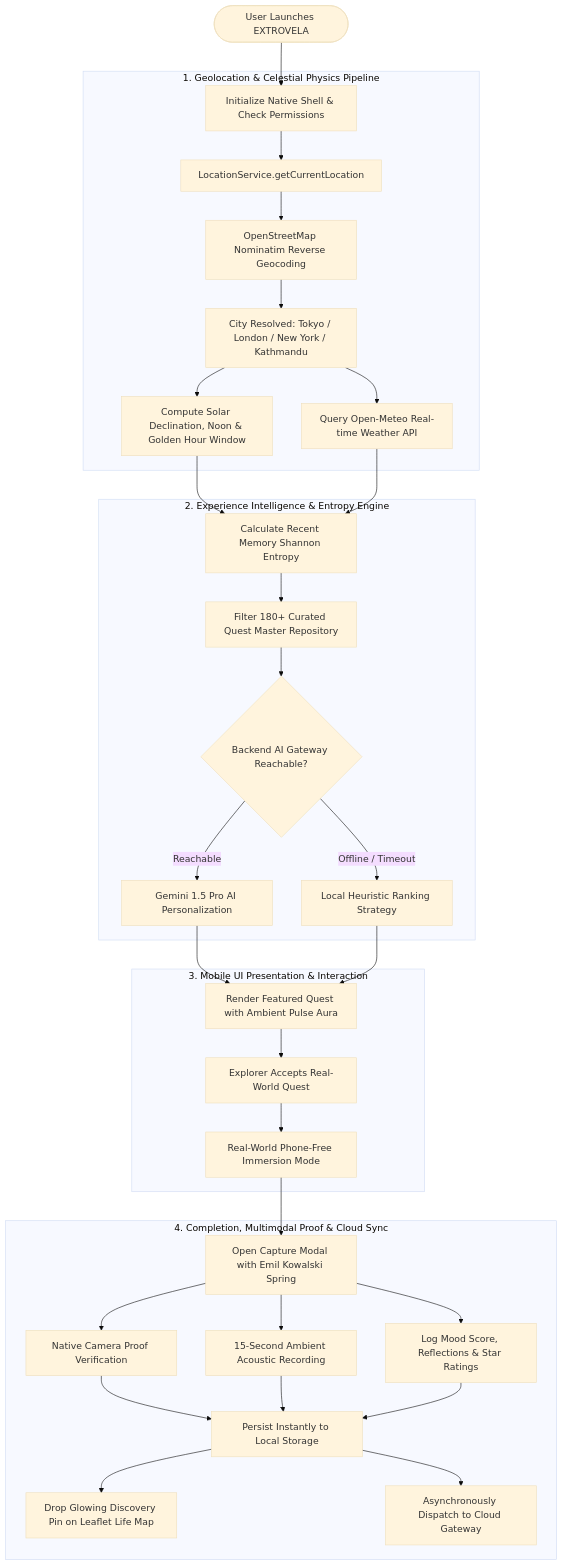
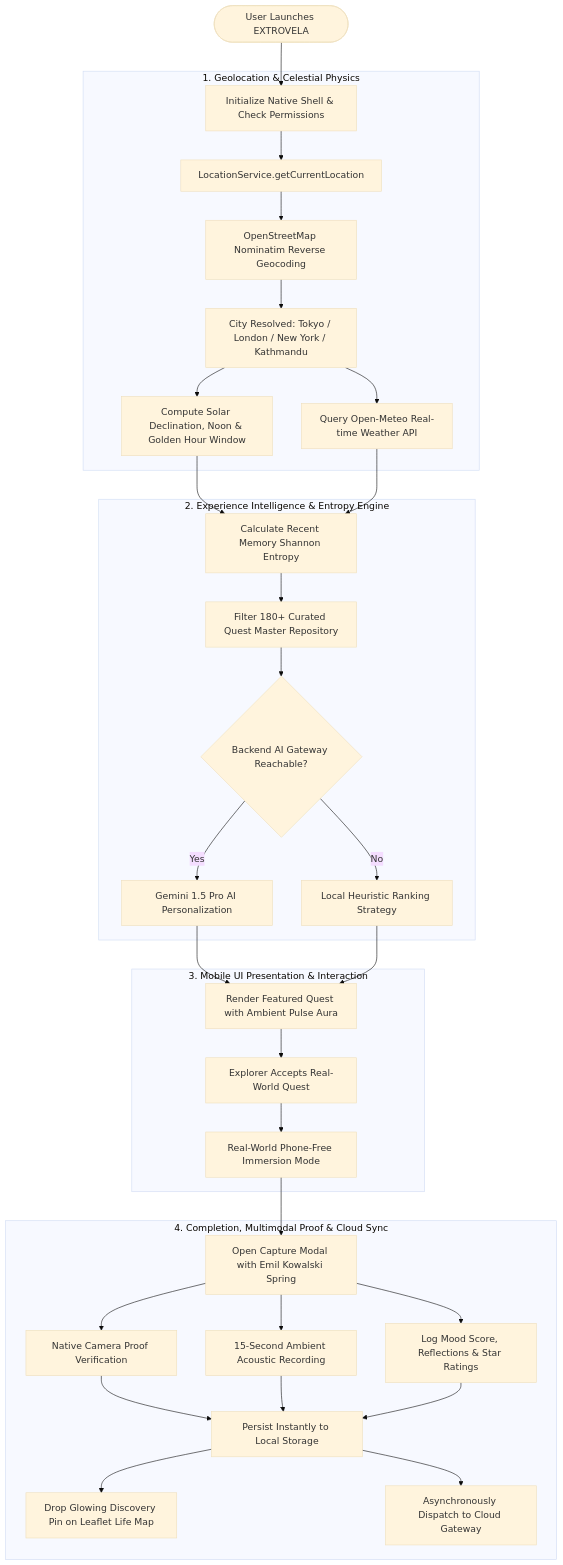
One commit to susantedit/Extrovela changed the first of 3 diagrams in README.md. Above: the diagram before and after it, drawn with Mermaid (base theme). The commit also changed other lines of this file, not shown here.

Commit message:
fix(docs): resolve GitHub Mermaid subgraph syntax and KaTeX LaTeX macro compatibility

````diff
--- a/README.md
+++ b/README.md
@@ -206,36 +206,36 @@
 ```mermaid
 flowchart TD
     UserAppLaunch([User Launches EXTROVELA]) --> InitHardware[Initialize Native Shell & Check Permissions]
     
-    subgraph GeoPipeline [1. Geolocation & Celestial Physics Pipeline]
+    subgraph GeoPipeline["1. Geolocation & Celestial Physics"]
         InitHardware --> QueryGPS[LocationService.getCurrentLocation]
         QueryGPS --> RunNominatim[OpenStreetMap Nominatim Reverse Geocoding]
         RunNominatim --> CityIdentified[City Resolved: Tokyo / London / New York / Kathmandu]
         CityIdentified --> ComputeSun[Compute Solar Declination, Noon & Golden Hour Window]
         CityIdentified --> FetchMeteo[Query Open-Meteo Real-time Weather API]
     end
 
-    subgraph IntelligenceCore [2. Experience Intelligence & Entropy Engine]
+    subgraph IntelligenceCore["2. Experience Intelligence & Entropy Engine"]
         ComputeSun & FetchMeteo --> CalcEntropy[Calculate Recent Memory Shannon Entropy]
         CalcEntropy --> FilterQuests[Filter 180+ Curated Quest Master Repository]
-        FilterQuests --> CheckBackend{Backend AI Gateway Reachable?}
-        CheckBackend -- Reachable --> GeminiSynthesis[Gemini 1.5 Pro AI Personalization]
-        CheckBackend -- Offline / Timeout --> HeuristicRanking[Local Heuristic Ranking Strategy]
+        FilterQuests --> CheckBackend{"Backend AI Gateway Reachable?"}
+        CheckBackend -->|Yes| GeminiSynthesis[Gemini 1.5 Pro AI Personalization]
+        CheckBackend -->|No| HeuristicRanking[Local Heuristic Ranking Strategy]
     end
 
-    subgraph UIOrchestration [3. Mobile UI Presentation & Interaction]
+    subgraph UIOrchestration["3. Mobile UI Presentation & Interaction"]
         GeminiSynthesis & HeuristicRanking --> DisplayHero[Render Featured Quest with Ambient Pulse Aura]
         DisplayHero --> AcceptQuest[Explorer Accepts Real-World Quest]
         AcceptQuest --> ExecuteExperience[Real-World Phone-Free Immersion Mode]
     end
 
-    subgraph CaptureAndSync [4. Completion, Multimodal Proof & Cloud Sync]
+    subgraph CaptureAndSync["4. Completion, Multimodal Proof & Cloud Sync"]
         ExecuteExperience --> LaunchCapture[Open Capture Modal with Emil Kowalski Spring]
         LaunchCapture --> TakePhoto[Native Camera Proof Verification]
         LaunchCapture --> RecordAudio[15-Second Ambient Acoustic Recording]
         LaunchCapture --> WriteJournal[Log Mood Score, Reflections & Star Ratings]
         TakePhoto & RecordAudio & WriteJournal --> CommitLocal[Persist Instantly to Local Storage]
         CommitLocal --> DropPin[Drop Glowing Discovery Pin on Leaflet Life Map]
         CommitLocal --> SyncCloud[Asynchronously Dispatch to Cloud Gateway]
     end
 ```
````
